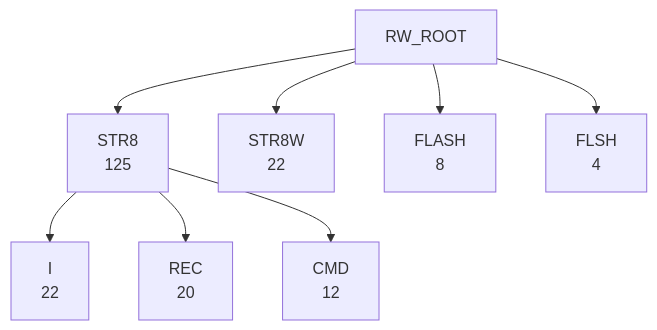
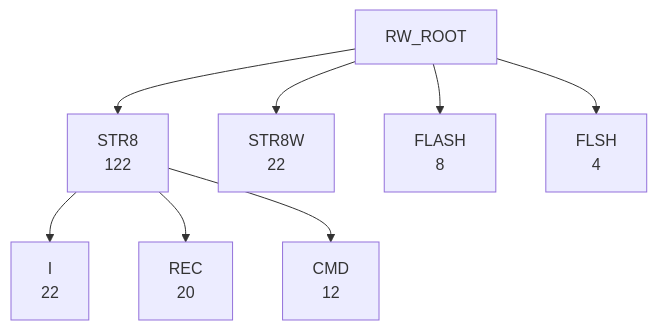
Before and after one commit to 95westus/R-YORS: the fifth of 6 diagrams in DOC/GENERATED/ROUTINE_WORD_TREE.md, drawn with Mermaid. The commit also changed other lines of this file and 25 other files, not shown here.

````diff
--- a/DOC/GENERATED/ROUTINE_WORD_TREE.md
+++ b/DOC/GENERATED/ROUTINE_WORD_TREE.md
@@ -77,10 +77,10 @@
 ```mermaid
 flowchart TD
-    RW_ROOT --> RW_STR8["STR8<br/>125"]
+    RW_ROOT --> RW_STR8["STR8<br/>122"]
     RW_ROOT --> RW_STR8W["STR8W<br/>22"]
     RW_ROOT --> RW_FLASH["FLASH<br/>8"]
     RW_ROOT --> RW_FLSH["FLSH<br/>4"]
     RW_STR8 --> RW_STR8_I["I<br/>22"]
     RW_STR8 --> RW_STR8_REC["REC<br/>20"]
     RW_STR8 --> RW_STR8_CMD["CMD<br/>12"]
 ```
````
